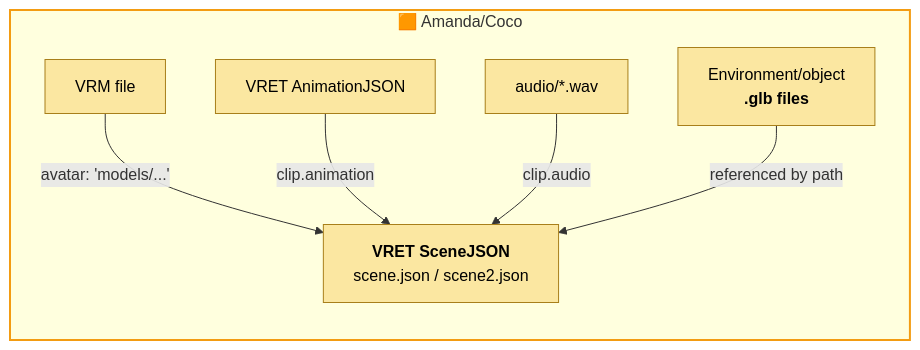
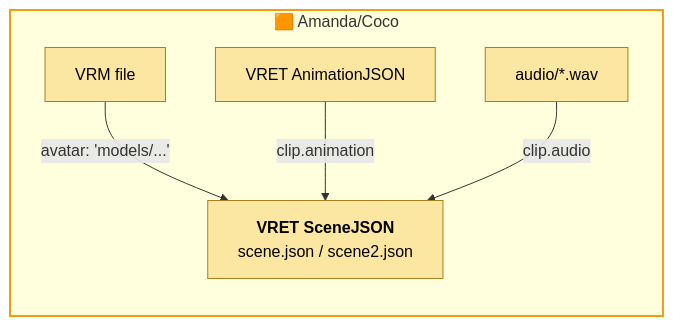
One commit to SBU-VRET/VRET-Project changed the sixth of 8 diagrams in docs/TECH_PIPELINE.md. Above: the diagram before and after it, drawn with Mermaid. The commit also changed other lines of this file and 12 other files, not shown here.

Commit message:
Add runtime .glb object loading via a new environment.json placement manifest, and bring TECH_PIPELINE/ANIMATION_PIPELINE docs in line with it. Update team PLAN.md files with this week's meeting progress and the idle-vs-regular animation ownership split.

````diff
--- a/docs/TECH_PIPELINE.md
+++ b/docs/TECH_PIPELINE.md
@@ -199,13 +199,12 @@
 ```mermaid
 flowchart LR
     subgraph S5["🟧 Amanda/Coco"]
     VRM["VRM file"] -->|"avatar: 'models/...'"| SceneJSON["<b>VRET SceneJSON</b><br/>scene.json / scene2.json"]
     RuntimeJSON["VRET AnimationJSON"] -->|"clip.animation"| SceneJSON
     WAV["audio/*.wav"] -->|"clip.audio"| SceneJSON
-    GLB["Environment/object<br/><b>.glb files</b>"] -->|"referenced by path"| SceneJSON
     end
 
     style S5 stroke:#F39C12,stroke-width:2px
     classDef artifact fill:#fbe7a1,stroke:#a87f1a,stroke-width:1px,color:#000;
-    class VRM,SceneJSON,RuntimeJSON,WAV,GLB artifact
+    class VRM,SceneJSON,RuntimeJSON,WAV artifact
 ```
````
